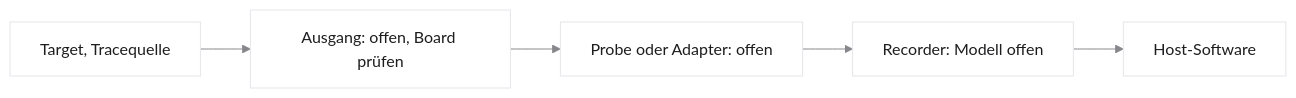
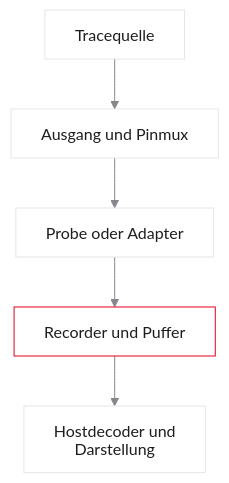
One commit to dantschi/echtzeitsysteme changed the fifth of 6 diagrams in vorlesungen/07_tracing-timing-analyse.qmd. Above: the diagram before and after it, drawn with Mermaid. The commit also changed other lines of this file and 5 other files, not shown here.

````diff
--- a/vorlesungen/07_tracing-timing-analyse.qmd
+++ b/vorlesungen/07_tracing-timing-analyse.qmd
@@ -429,9 +615,10 @@
 ```{mermaid}
-%%| fig-width: 8.6
-%%{init: {'theme': 'base', 'themeVariables': {'background': '#FFFFFF', 'primaryColor': '#FFFFFF', 'primaryBorderColor': '#E5E5EA', 'primaryTextColor': '#1D1D1F', 'lineColor': '#86868B'}}}%%
-flowchart LR
-  T["Target, Tracequelle"] --> A["Ausgang: offen, Board prüfen"]
-  A --> P["Probe oder Adapter: offen"]
-  P --> R["Recorder: Modell offen"]
-  R --> H["Host-Software"]
+%%| fig-width: 5.4
+%%{init: {'theme': 'base', 'htmlLabels': false, 'flowchart': {'htmlLabels': false}, 'themeVariables': {'background': '#FFFFFF', 'primaryColor': '#FFFFFF', 'primaryBorderColor': '#E5E5EA', 'primaryTextColor': '#1D1D1F', 'lineColor': '#86868B'}}}%%
+flowchart TD
+  Q[Tracequelle] --> A[Ausgang und Pinmux]
+  A --> P[Probe oder Adapter]
+  P --> R[Recorder und Puffer]
+  R --> H[Hostdecoder und Darstellung]
+  style R fill:#FFFFFF,stroke:#E2001A,stroke-width:2px !important
 ```
````
